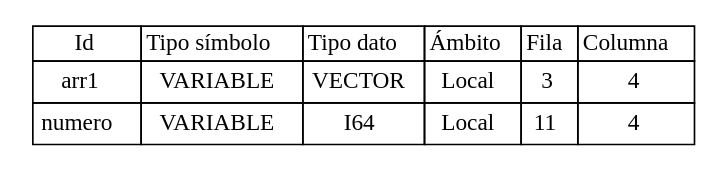
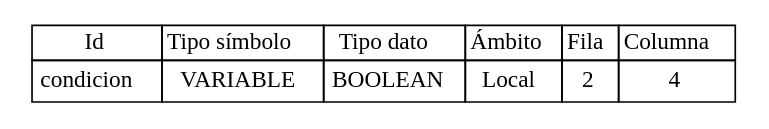
Before and after one commit to Jodyannre/COMPI2_proyecto2_2022: the diagram in Back/Web/tablas/tablaSimbolos.dot, drawn with Graphviz. The commit also changed 8 other files, not shown here.

```diff
--- a/Back/Web/tablas/tablaSimbolos.dot
+++ b/Back/Web/tablas/tablaSimbolos.dot
@@ -1,54 +1,36 @@
 
 	digraph {
 		tablaSimbolos [
 		  shape=plaintext
 		  label=<
 			<table border='0' cellborder='1' color='black' cellspacing='0'>
 			  <tr>
 				  <td>Id</td>
 				  <td>Tipo símbolo</td>
 				  <td>Tipo dato</td>
 				  <td>Ámbito</td>
 				  <td>Fila</td>
 				  <td>Columna</td>
 			  </tr>
 	
 <tr>
 <td cellpadding='4'>
-arr1
+condicion
 </td>
 <td cellpadding='4'>VARIABLE
 </td>
-<td cellpadding='4'>VECTOR
+<td cellpadding='4'>BOOLEAN
 </td>
 <td cellpadding='4'>Local
 </td>
 <td cellpadding='4'>
-3
-</td>
-<td cellpadding='4'>
-4
-</td>
-</tr>
-
-<tr>
-<td cellpadding='4'>
-numero
-</td>
-<td cellpadding='4'>VARIABLE
-</td>
-<td cellpadding='4'>I64
-</td>
-<td cellpadding='4'>Local
-</td>
-<td cellpadding='4'>
-11
+2
 </td>
 <td cellpadding='4'>
 4
 </td>
 </tr>
 
 		</table>
 		>];
 	}
```
